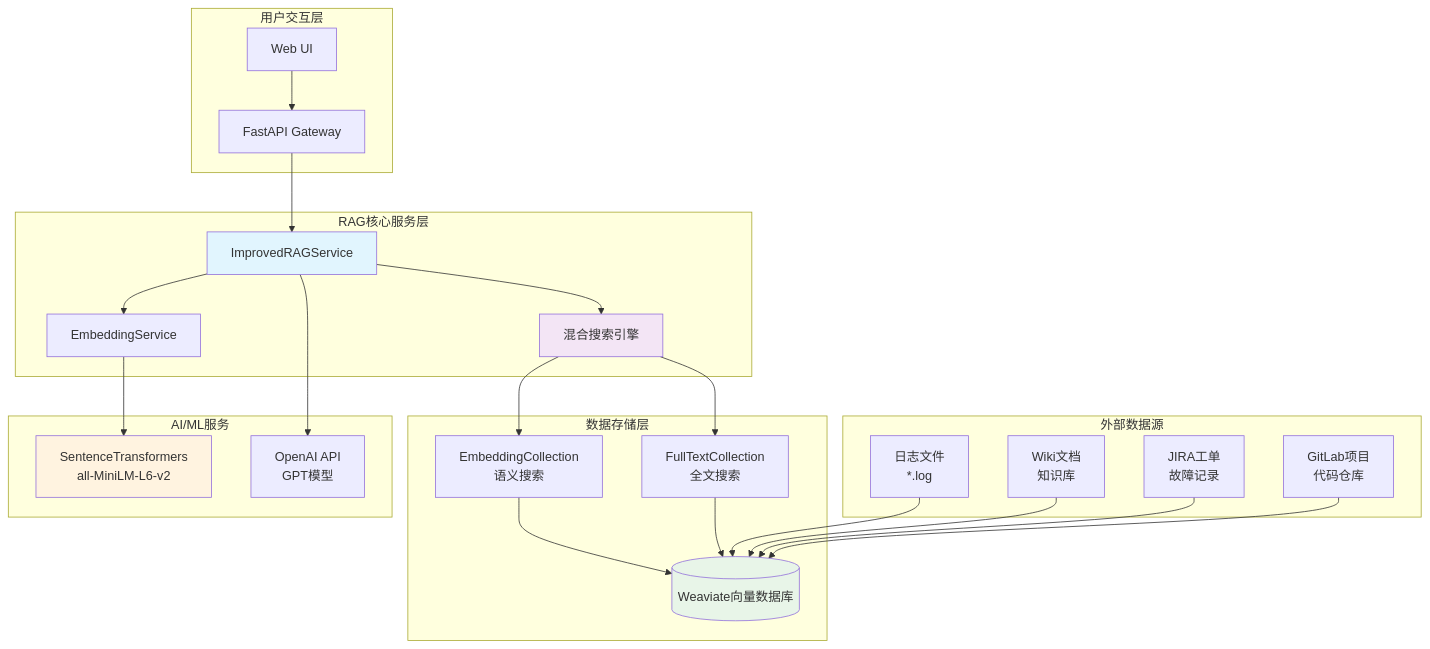
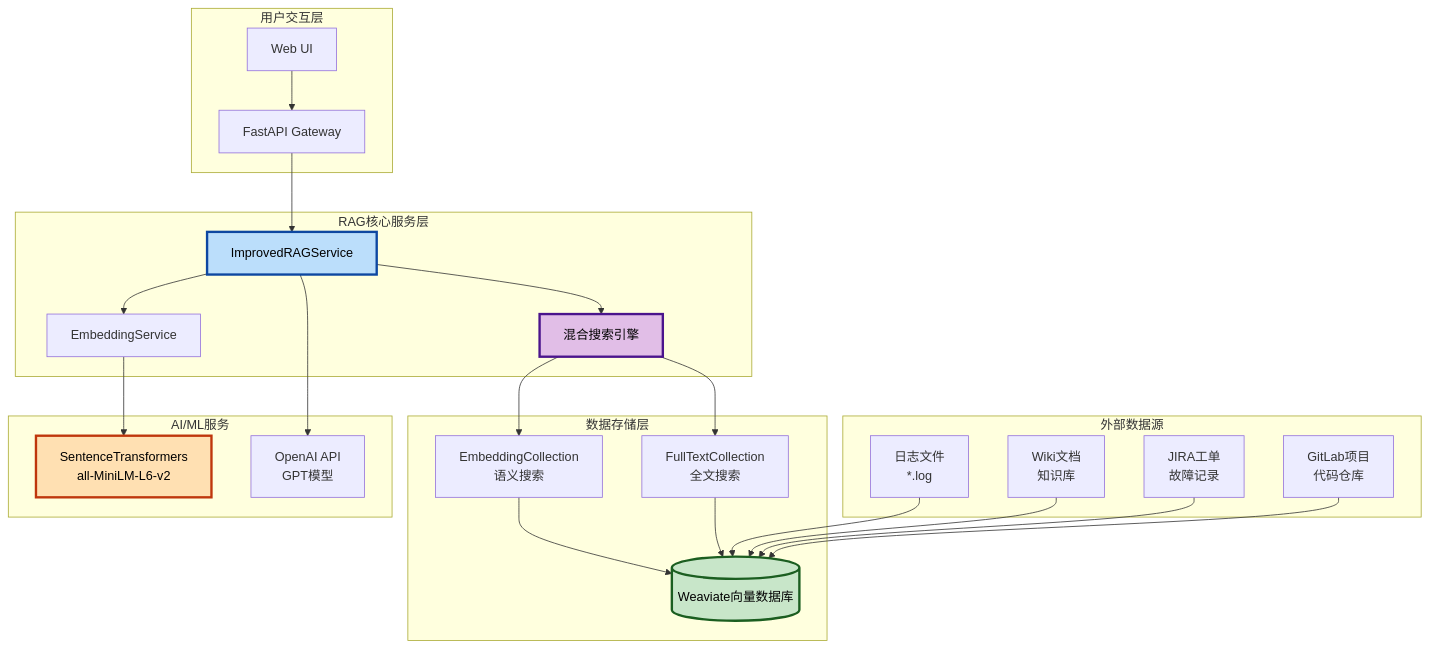
The first of 4 diagrams in docs/RAG_ARCHITECTURE.md (pkusnail/AIOpsPolaris), drawn with Mermaid before and after one commit. The commit also changed other lines of this file and 2 other files, not shown here.

Commit message:
fix(docs): improve mermaid diagram color contrast and readability
🎨 Enhanced diagram colors across documentation:
- Increased color contrast for better text readability
- Added black text color (color:#000000) to all styled elements
- Increased stroke width from 2px to 3px for better visibility
- Updated fill colors to use stronger, more contrasting tones

📊 Files updated:
- docs/rca_architecture_flow.md: Fixed classDef styling issues
- docs/MULTI_AGENT_ARCHITECTURE.md: Updated all agent flow diagrams
- docs/RAG_ARCHITECTURE.md: Enhanced search flow visualizations

🔧 Technical improvements:
- Consistent color scheme across all documents
- Better accessibility for users with visual impairments
- Improved rendering on different screen types and backgrounds
- Professional appearance with clear visual hierarchy

All mermaid diagrams now have optimal contrast ratios and clear text visibility.

🤖 Generated with [Claude Code](https://claude.ai/code)

````diff
--- a/docs/RAG_ARCHITECTURE.md
+++ b/docs/RAG_ARCHITECTURE.md
@@ -5,54 +5,54 @@
 ```mermaid
 graph TB
     subgraph "用户交互层"
         UI[Web UI]
         API[FastAPI Gateway]
     end
     
     subgraph "RAG核心服务层"
         RAG[ImprovedRAGService]
         EMB[EmbeddingService]
         SEARCH[混合搜索引擎]
     end
     
     subgraph "数据存储层"
         WV[(Weaviate向量数据库)]
         EMB_COL[EmbeddingCollection<br/>语义搜索]
         FULL_COL[FullTextCollection<br/>全文搜索]
     end
     
     subgraph "外部数据源"
         LOGS[日志文件<br/>*.log]
         WIKI[Wiki文档<br/>知识库]
         JIRA[JIRA工单<br/>故障记录]
         GITLAB[GitLab项目<br/>代码仓库]
     end
     
     subgraph "AI/ML服务"
         ST[SentenceTransformers<br/>all-MiniLM-L6-v2]
         OPENAI[OpenAI API<br/>GPT模型]
     end
     
     UI --> API
     API --> RAG
     RAG --> SEARCH
     RAG --> EMB
     
     SEARCH --> EMB_COL
     SEARCH --> FULL_COL
     EMB_COL --> WV
     FULL_COL --> WV
     
     EMB --> ST
     RAG --> OPENAI
     
     LOGS --> WV
     WIKI --> WV
     JIRA --> WV
     GITLAB --> WV
     
-    style RAG fill:#e1f5fe
-    style SEARCH fill:#f3e5f5
-    style WV fill:#e8f5e8
-    style ST fill:#fff3e0
+    style RAG fill:#bbdefb,stroke:#0d47a1,stroke-width:3px,color:#000000
+    style SEARCH fill:#e1bee7,stroke:#4a148c,stroke-width:3px,color:#000000
+    style WV fill:#c8e6c9,stroke:#1b5e20,stroke-width:3px,color:#000000
+    style ST fill:#ffe0b2,stroke:#bf360c,stroke-width:3px,color:#000000
 ```
````
